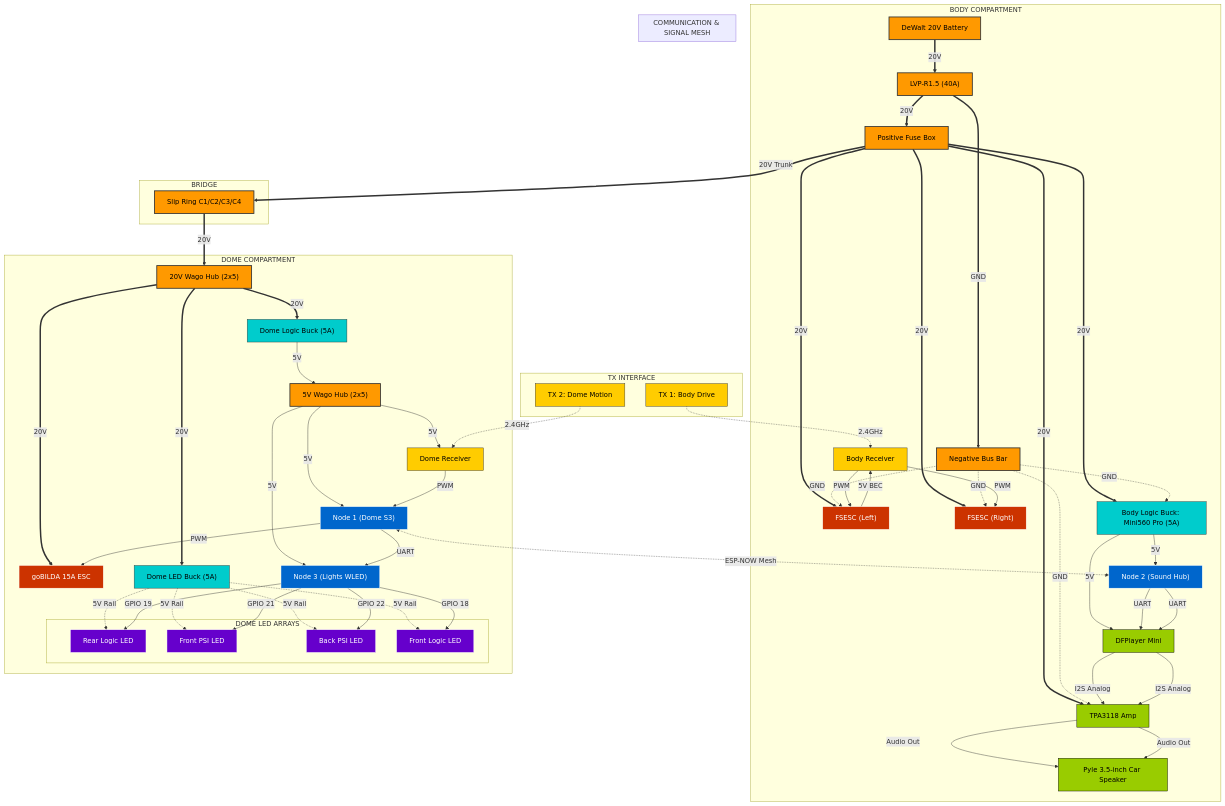
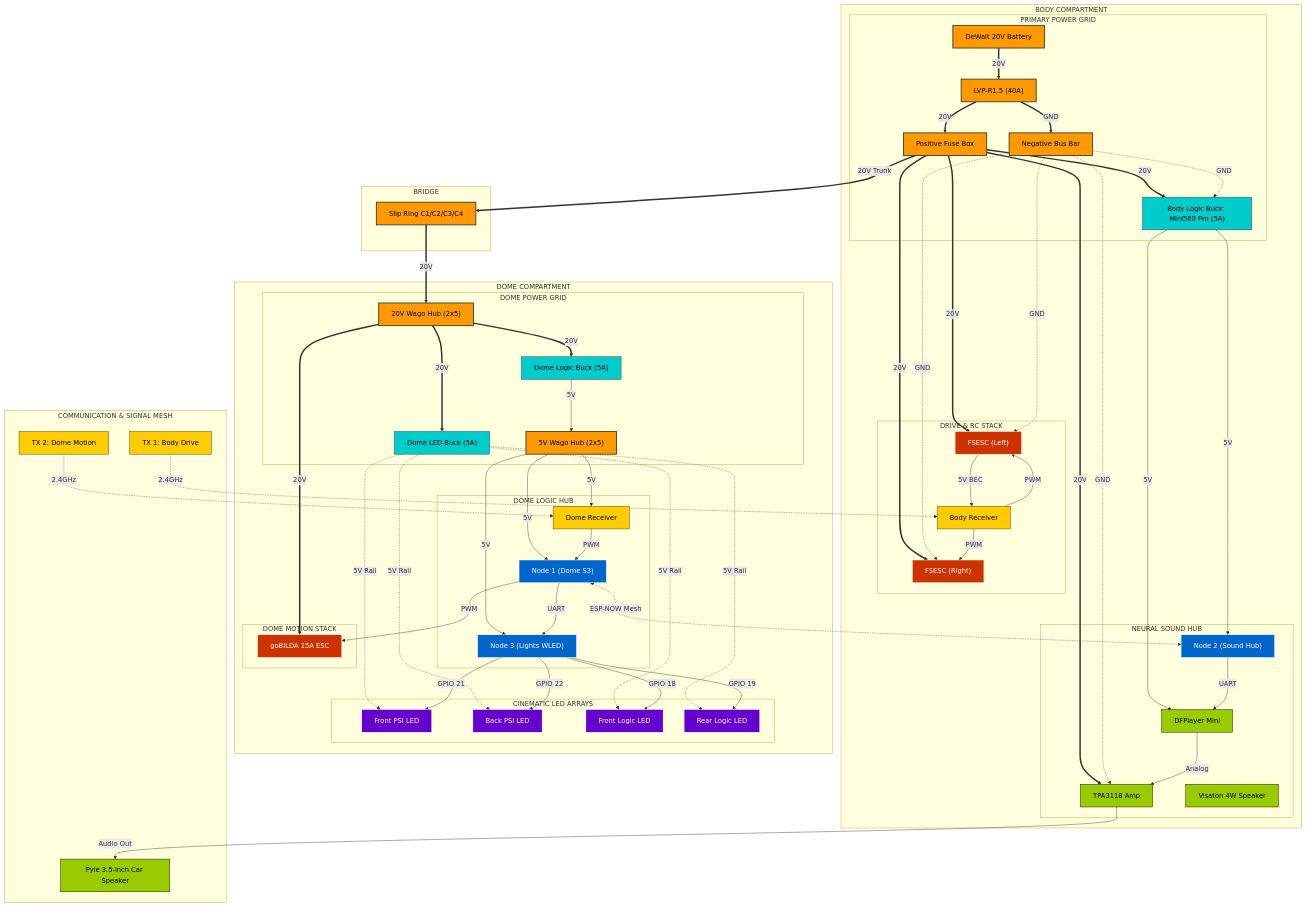
The diagram in docs/architecture/electrical-schematic.md (Ruzzler/Wee2-D2), drawn with Mermaid before and after one commit.

Commit message:
docs(schematic): implement functional sub-groups for technical partitioning

````diff
--- a/docs/architecture/electrical-schematic.md
+++ b/docs/architecture/electrical-schematic.md
@@ -14,32 +14,40 @@
 ```mermaid
 flowchart TD
-  subgraph TRANSMITTERS["TX INTERFACE"]
-    TX1["TX 1: Body Drive"]:::signal
-    TX2["TX 2: Dome Motion"]:::signal
-  end
+  subgraph BODY_HUB["BODY COMPARTMENT"]
+    subgraph BODY_POWER["PRIMARY POWER GRID"]
+      BAT["DeWalt 20V Battery"]:::power ==>|20V| LVC["LVP-R1.5 (40A)"]:::power
+      LVC ==>|20V| POS_FUSE["Positive Fuse Box"]:::power
+      LVC ==>|GND| NEG_BUS["Negative Bus Bar"]:::power
+      BODY_BUCK["Body Logic Buck: Mini560 Pro (5A)"]:::logic
+    end
 
-  subgraph BODY_HUB["BODY COMPARTMENT"]
-    BAT["DeWalt 20V Battery"]:::power ==>|20V| LVC["LVP-R1.5 (40A)"]:::power
-    LVC ==>|20V| POS_FUSE["Positive Fuse Box"]:::power
-    LVC ==>|GND| NEG_BUS["Negative Bus Bar"]:::power
+    subgraph BODY_DRIVE["DRIVE & RC STACK"]
+      ESC1["FSESC (Left)"]:::drive
+      ESC2["FSESC (Right)"]:::drive
+      RC1["Body Receiver"]:::signal
+    end
 
-    POS_FUSE ==>|20V| ESC1["FSESC (Left)"]:::drive
-    POS_FUSE ==>|20V| ESC2["FSESC (Right)"]:::drive
-    POS_FUSE ==>|20V| AMP["TPA3118 Amp"]:::audio
-    POS_FUSE ==>|20V| BODY_BUCK["Body Logic Buck: Mini560 Pro (5A)"]:::logic
+    subgraph BODY_SOUND["NEURAL SOUND HUB"]
+      NODE_2["Node 2 (Sound Hub)"]:::brain
+      AUDIO["DFPlayer Mini"]:::audio
+      AMP["TPA3118 Amp"]:::audio
+      SPK["Visaton 4W Speaker"]:::audio
+    end
 
+    POS_FUSE ==>|20V| ESC1
+    POS_FUSE ==>|20V| ESC2
+    POS_FUSE ==>|20V| AMP
+    POS_FUSE ==>|20V| BODY_BUCK
+    
     NEG_BUS -.->|GND| ESC1
     NEG_BUS -.->|GND| ESC2
     NEG_BUS -.->|GND| AMP
     NEG_BUS -.->|GND| BODY_BUCK
 
-    BODY_BUCK -->|5V| NODE_2["Node 2 (Sound Hub)"]:::brain
-    BODY_BUCK -->|5V| AUDIO["DFPlayer Mini"]:::audio
-    ESC1 -->|5V BEC| RC1["Body Receiver"]:::signal
-
-    NODE_2 -->|UART| AUDIO
-    AUDIO -->|I2S Analog| AMP
-    AMP -->|Audio Out| SPK["Visaton 4W Speaker"]:::audio
+    BODY_BUCK -->|5V| NODE_2
+    BODY_BUCK -->|5V| AUDIO
+    ESC1 -->|5V BEC| RC1
+    
     RC1 -->|PWM| ESC1
     RC1 -->|PWM| ESC2
   end
@@ -49,31 +57,36 @@
   end
 
   subgraph DOME_HUB["DOME COMPARTMENT"]
-    SLIP ==>|20V| DOME_WAGO_20V["20V Wago Hub (2x5)"]:::power
+    subgraph DOME_POWER_GRID["DOME POWER GRID"]
+      SLIP ==>|20V| DOME_WAGO_20V["20V Wago Hub (2x5)"]:::power
+      DOME_WAGO_20V ==>|20V| BUCK_LOGIC["Dome Logic Buck (5A)"]:::logic
+      DOME_WAGO_20V ==>|20V| BUCK_LEDS["Dome LED Buck (5A)"]:::logic
+      BUCK_LOGIC -->|5V| DOME_WAGO_5V["5V Wago Hub (2x5)"]:::power
+    end
 
-    DOME_WAGO_20V ==>|20V| DOME_ESC["goBILDA 15A ESC"]:::drive
-    DOME_WAGO_20V ==>|20V| BUCK_LOGIC["Dome Logic Buck (5A)"]:::logic
-    DOME_WAGO_20V ==>|20V| BUCK_LEDS["Dome LED Buck (5A)"]:::logic
+    subgraph DOME_LOGIC_HUB["DOME LOGIC HUB"]
+      NODE_1["Node 1 (Dome S3)"]:::brain
+      NODE_3["Node 3 (Lights WLED)"]:::brain
+      RC2["Dome Receiver"]:::signal
+    end
 
-    BUCK_LOGIC -->|5V| DOME_WAGO_5V["5V Wago Hub (2x5)"]:::power
+    subgraph DOME_MOTION["DOME MOTION STACK"]
+      DOME_ESC["goBILDA 15A ESC"]:::drive
+    end
 
-    DOME_WAGO_5V -->|5V| NODE_1["Node 1 (Dome S3)"]:::brain
-    DOME_WAGO_5V -->|5V| NODE_3["Node 3 (Lights WLED)"]:::brain
-    DOME_WAGO_5V -->|5V| RC2["Dome Receiver"]:::signal
-
-    %% Ghost Constraints (Push nodes apart to prevent line overlap)
-    DOME_WAGO_20V ~~~ DOME_WAGO_5V
-    NODE_1 ~~~ NODE_3
-    BUCK_LEDS ~~~ B_LOGIC
-
-    NODE_1 -->|PWM| DOME_ESC
-
-    subgraph DOME_LIGHTS["DOME LED ARRAYS"]
+    subgraph DOME_LIGHTS["CINEMATIC LED ARRAYS"]
       F_PSI["Front PSI LED"]:::lights
       B_PSI["Back PSI LED"]:::lights
       F_LOGIC["Front Logic LED"]:::lights
       B_LOGIC["Rear Logic LED"]:::lights
     end
+
+    DOME_WAGO_20V ==>|20V| DOME_ESC
+    DOME_WAGO_5V -->|5V| NODE_1
+    DOME_WAGO_5V -->|5V| NODE_3
+    DOME_WAGO_5V -->|5V| RC2
+
+    NODE_1 -->|PWM| DOME_ESC
 
     BUCK_LEDS -.->|5V Rail| F_PSI
     BUCK_LEDS -.->|5V Rail| B_PSI
@@ -86,16 +99,19 @@
     NODE_3 -->|GPIO 19| B_LOGIC
   end
 
-  subgraph INTERCONNECTS["COMMUNICATION & SIGNAL MESH"]
+  subgraph COMM_SIGNAL_MESH["COMMUNICATION & SIGNAL MESH"]
+    TX1["TX 1: Body Drive"]:::signal
+    TX2["TX 2: Dome Motion"]:::signal
+    
     TX1 -.->|2.4GHz| RC1
     TX2 -.->|2.4GHz| RC2
     RC2 -->|PWM| NODE_1
     NODE_1 <-.->|ESP-NOW Mesh| NODE_2
     NODE_1 -->|UART| NODE_3
     
-    AUDIO -->|I2S Analog| AMP
-    AMP -->|Audio Out| SPK["Pyle 3.5-inch Car Speaker"]:::audio
     NODE_2 -->|UART| AUDIO
+    AUDIO -->|Analog| AMP
+    AMP -->|Audio Out| SPK2["Pyle 3.5-inch Car Speaker"]:::audio
   end
 
   %% --- ABSOLUTE TERMINATION: Styling & Interaction ---
````
